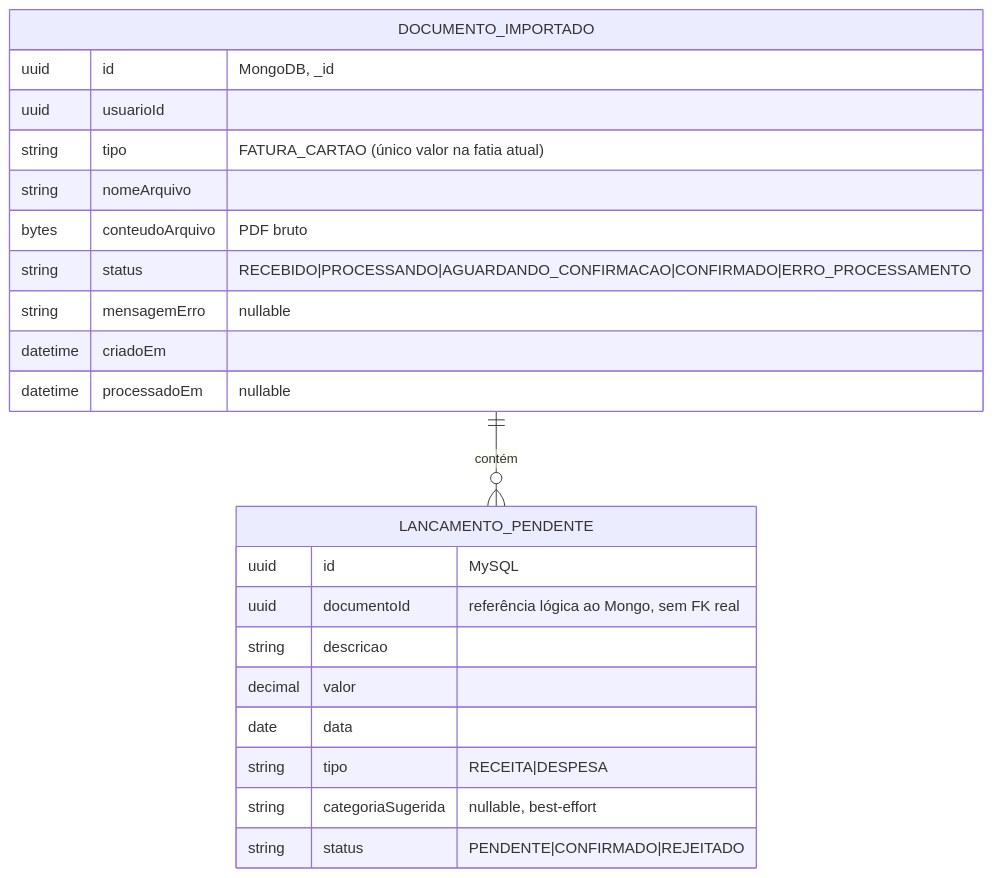
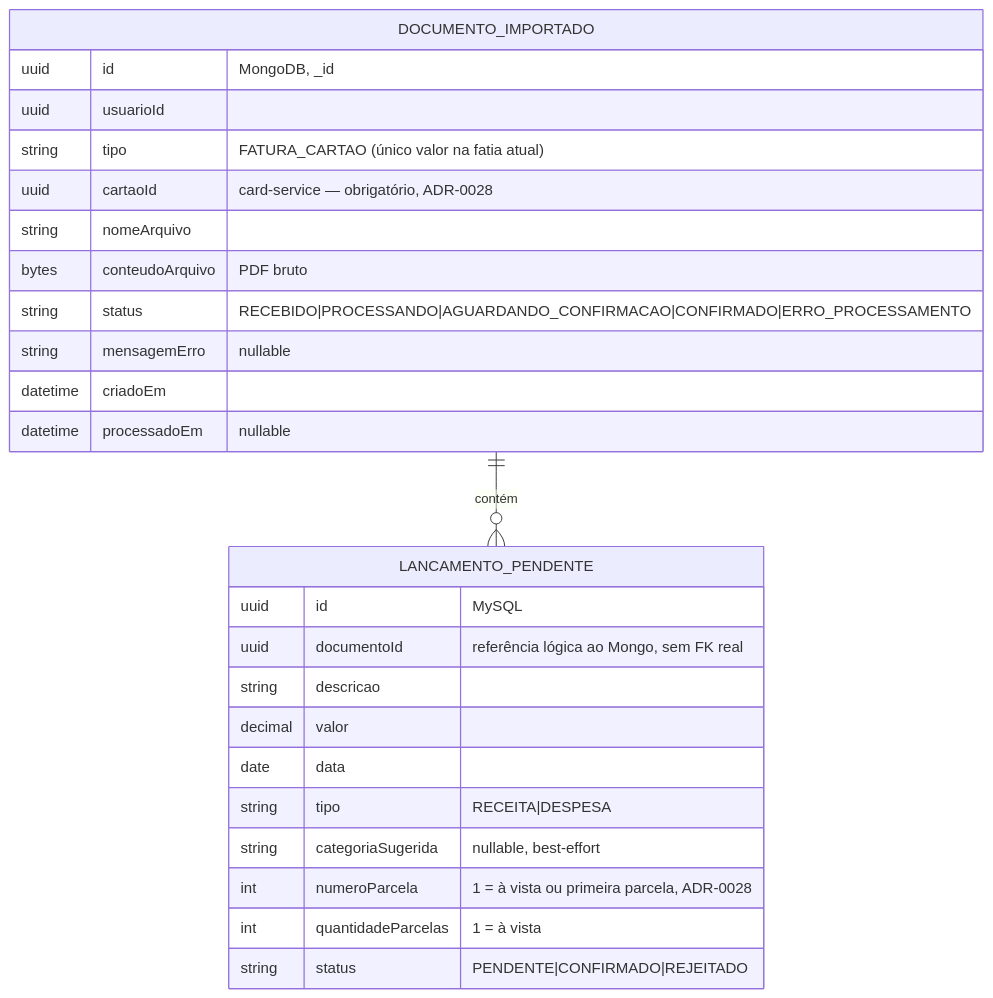
Before and after one commit to wep1980/wepdev-financas: the sixth of 16 diagrams in docs/architecture/diagrams.md, drawn with Mermaid. The commit also changed other lines of this file and 165 other files, not shown here.

````diff
--- a/docs/architecture/diagrams.md
+++ b/docs/architecture/diagrams.md
@@ -226,26 +229,29 @@
 ```mermaid
 erDiagram
     DOCUMENTO_IMPORTADO ||--o{ LANCAMENTO_PENDENTE : contém
 
     DOCUMENTO_IMPORTADO {
         uuid id "MongoDB, _id"
         uuid usuarioId
         string tipo "FATURA_CARTAO (único valor na fatia atual)"
+        uuid cartaoId "card-service — obrigatório, ADR-0028"
         string nomeArquivo
         bytes conteudoArquivo "PDF bruto"
         string status "RECEBIDO|PROCESSANDO|AGUARDANDO_CONFIRMACAO|CONFIRMADO|ERRO_PROCESSAMENTO"
         string mensagemErro "nullable"
         datetime criadoEm
         datetime processadoEm "nullable"
     }
     LANCAMENTO_PENDENTE {
         uuid id "MySQL"
         uuid documentoId "referência lógica ao Mongo, sem FK real"
         string descricao
         decimal valor
         date data
         string tipo "RECEITA|DESPESA"
         string categoriaSugerida "nullable, best-effort"
+        int numeroParcela "1 = à vista ou primeira parcela, ADR-0028"
+        int quantidadeParcelas "1 = à vista"
         string status "PENDENTE|CONFIRMADO|REJEITADO"
     }
 ```
````
